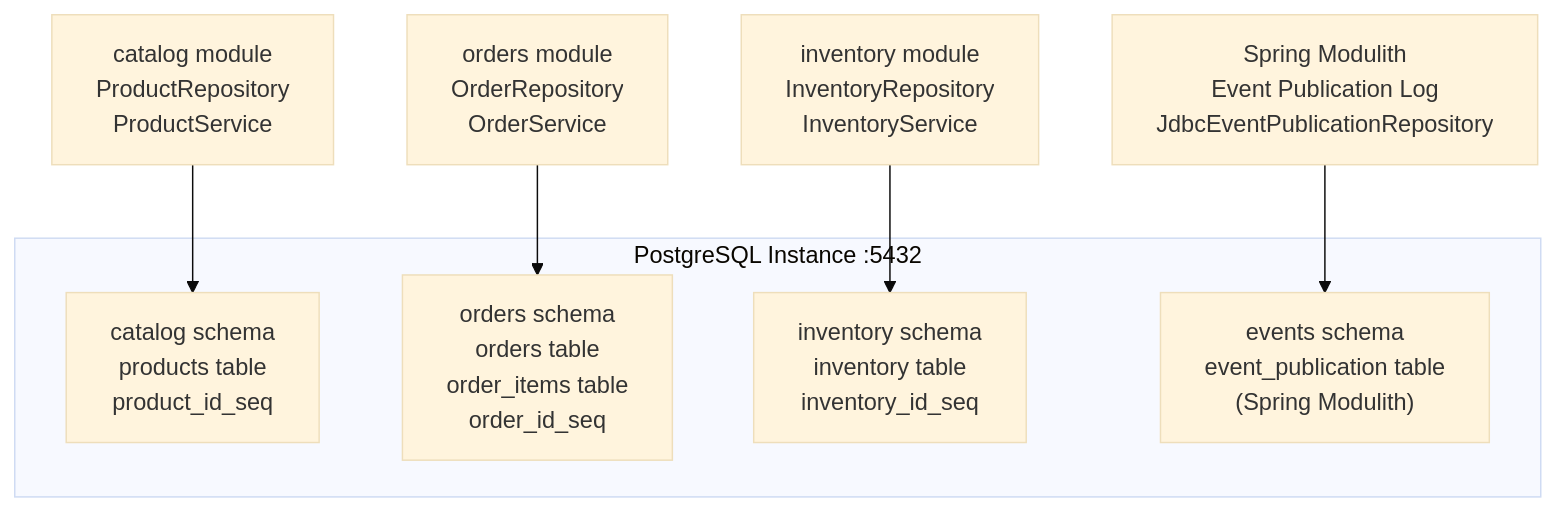
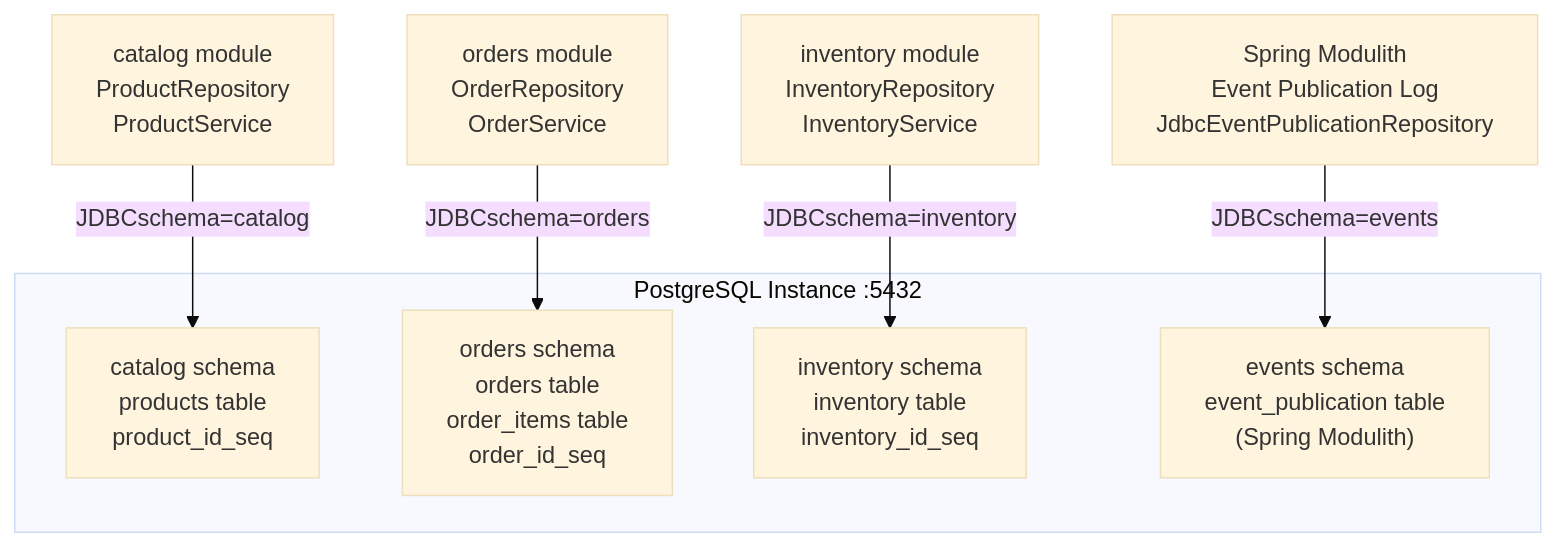
The first of 6 diagrams in docs/deepwiki/Database-Schema-Organization.md (philipz/spring-modular-monolith), drawn with Mermaid (base theme) before and after one commit. The commit also changed other lines of this file and 55 other files, not shown here.

````diff
--- a/docs/deepwiki/Database-Schema-Organization.md
+++ b/docs/deepwiki/Database-Schema-Organization.md
@@ -28,24 +28,24 @@
 ```mermaid
 flowchart TD
 
 CatalogSchema["catalog schema<br>products table<br>product_id_seq"]
 OrdersSchema["orders schema<br>orders table<br>order_items table<br>order_id_seq"]
 InventorySchema["inventory schema<br>inventory table<br>inventory_id_seq"]
 EventsSchema["events schema<br>event_publication table<br>(Spring Modulith)"]
 CatalogModule["catalog module<br>ProductRepository<br>ProductService"]
 OrdersModule["orders module<br>OrderRepository<br>OrderService"]
 InventoryModule["inventory module<br>InventoryRepository<br>InventoryService"]
 ModulithEvents["Spring Modulith<br>Event Publication Log<br>JdbcEventPublicationRepository"]
 
-CatalogModule --> CatalogSchema
-OrdersModule --> OrdersSchema
-InventoryModule --> InventorySchema
-ModulithEvents --> EventsSchema
+CatalogModule -->|"JDBCschema=catalog"| CatalogSchema
+OrdersModule -->|"JDBCschema=orders"| OrdersSchema
+InventoryModule -->|"JDBCschema=inventory"| InventorySchema
+ModulithEvents -->|"JDBCschema=events"| EventsSchema
 
 subgraph subGraph0 ["PostgreSQL Instance :5432"]
     CatalogSchema
     OrdersSchema
     InventorySchema
     EventsSchema
 end
 ```
````
